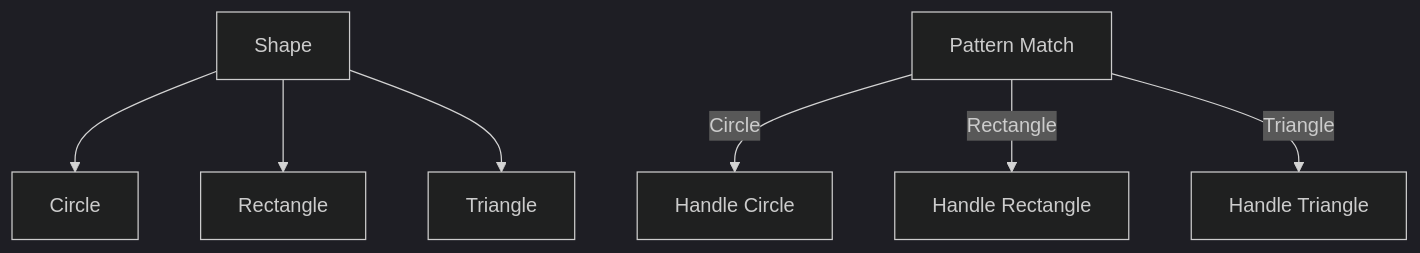
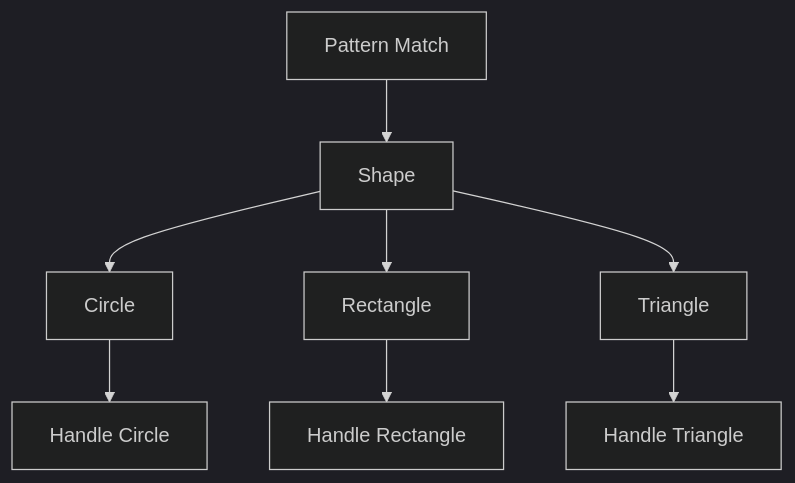
Before and after one commit to wahidyankf/ose-primer: diagram 44 of 49 in repo-governance/conventions/formatting/diagrams.md, drawn with Mermaid (dark theme). The commit also changed 4 other files, not shown here.

````diff
--- a/repo-governance/conventions/formatting/diagrams.md
+++ b/repo-governance/conventions/formatting/diagrams.md
@@ -1806,10 +1806,10 @@
 ```mermaid
 graph TD
     Shape --> Circle
     Shape --> Rectangle
     Shape --> Triangle
-
-    Switch[Pattern Match] --> |Circle| C[Handle Circle]
-    Switch --> |Rectangle| R[Handle Rectangle]
-    Switch --> |Triangle| T[Handle Triangle]
+    Circle --> C[Handle Circle]
+    Rectangle --> R[Handle Rectangle]
+    Triangle --> T[Handle Triangle]
+    Switch[Pattern Match] --> Shape
 ```
````
